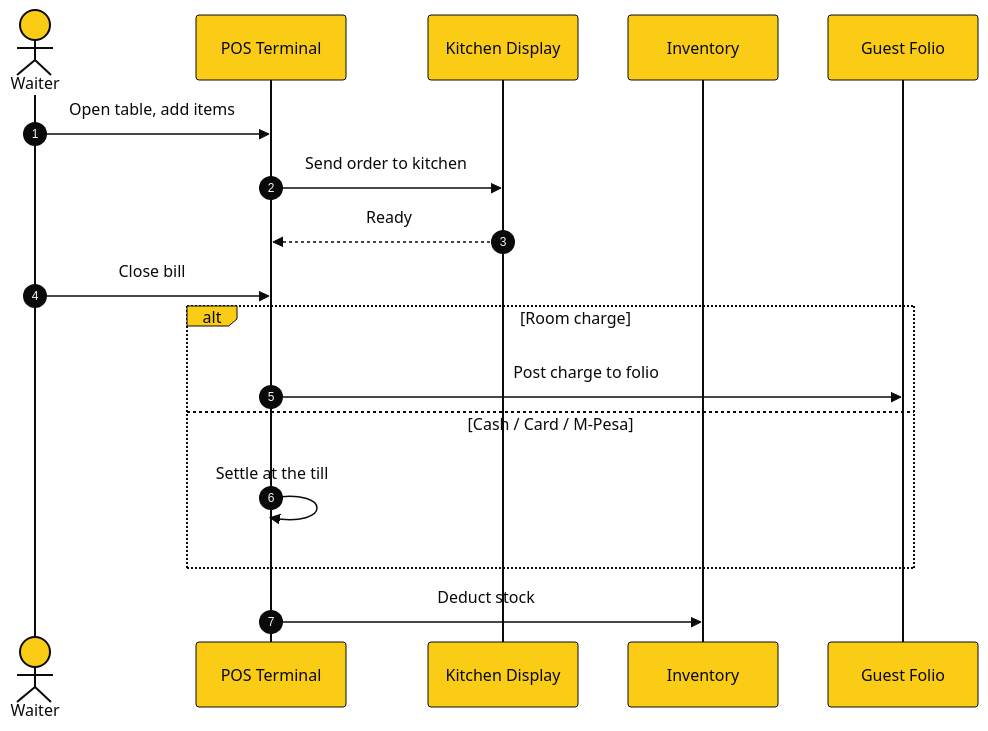
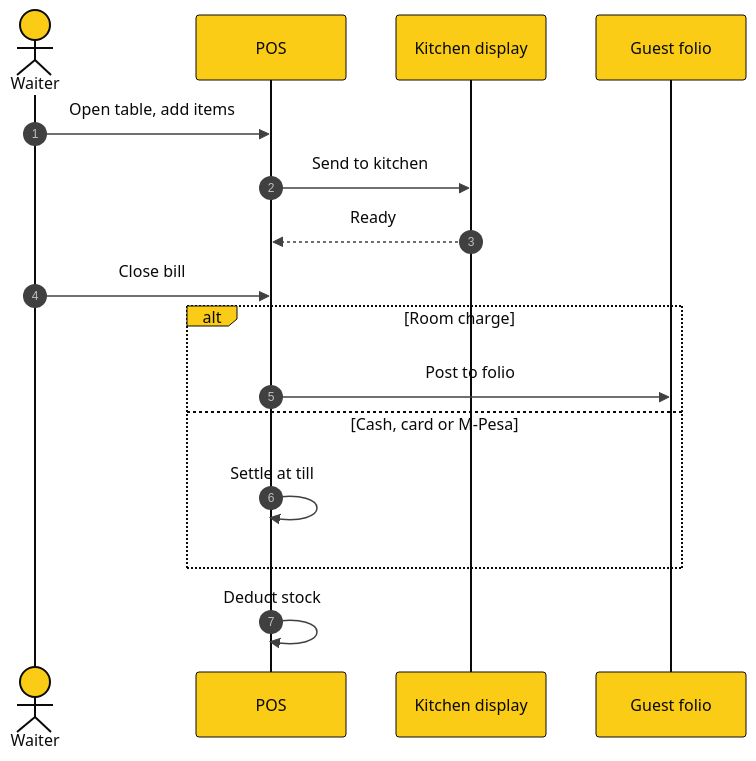
One commit to olitechs/olitechpmspos changed the second of 4 diagrams in README.md. Above: the diagram before and after it, drawn with Mermaid. The commit also changed other lines of this file, not shown here.

````diff
--- a/README.md
+++ b/README.md
@@ -138,20 +110,19 @@
 ```mermaid
-%%{init: {'theme':'base','themeVariables':{'primaryColor':'#FACC15','primaryTextColor':'#0A0A0A','primaryBorderColor':'#0A0A0A','lineColor':'#0A0A0A','secondaryColor':'#FFFFFF','tertiaryColor':'#FEF9C3','noteBkgColor':'#FEF9C3','noteTextColor':'#0A0A0A','actorBkg':'#FACC15','actorBorder':'#0A0A0A','actorTextColor':'#0A0A0A','signalColor':'#0A0A0A','signalTextColor':'#0A0A0A','fontFamily':'Inter, Segoe UI, Arial, sans-serif'}}}%%
+%%{init: {'theme':'base','themeVariables':{'primaryColor':'#FACC15','primaryTextColor':'#0A0A0A','primaryBorderColor':'#0A0A0A','lineColor':'#404040','actorBkg':'#FACC15','actorBorder':'#0A0A0A','actorTextColor':'#0A0A0A','signalColor':'#404040','signalTextColor':'#0A0A0A','noteBkgColor':'#FFFFFF','fontFamily':'Inter, Segoe UI, Arial, sans-serif'}}}%%
 sequenceDiagram
     autonumber
     actor W as Waiter
-    participant POS as POS Terminal
-    participant KDS as Kitchen Display
-    participant INV as Inventory
-    participant F as Guest Folio
-    W->>POS: Open table, add items
-    POS->>KDS: Send order to kitchen
-    KDS-->>POS: Ready
-    W->>POS: Close bill
+    participant P as POS
+    participant K as Kitchen display
+    participant F as Guest folio
+    W->>P: Open table, add items
+    P->>K: Send to kitchen
+    K-->>P: Ready
+    W->>P: Close bill
     alt Room charge
-        POS->>F: Post charge to folio
-    else Cash / Card / M-Pesa
-        POS->>POS: Settle at the till
+        P->>F: Post to folio
+    else Cash, card or M-Pesa
+        P->>P: Settle at till
     end
-    POS->>INV: Deduct stock
+    P->>P: Deduct stock
 ```
````
